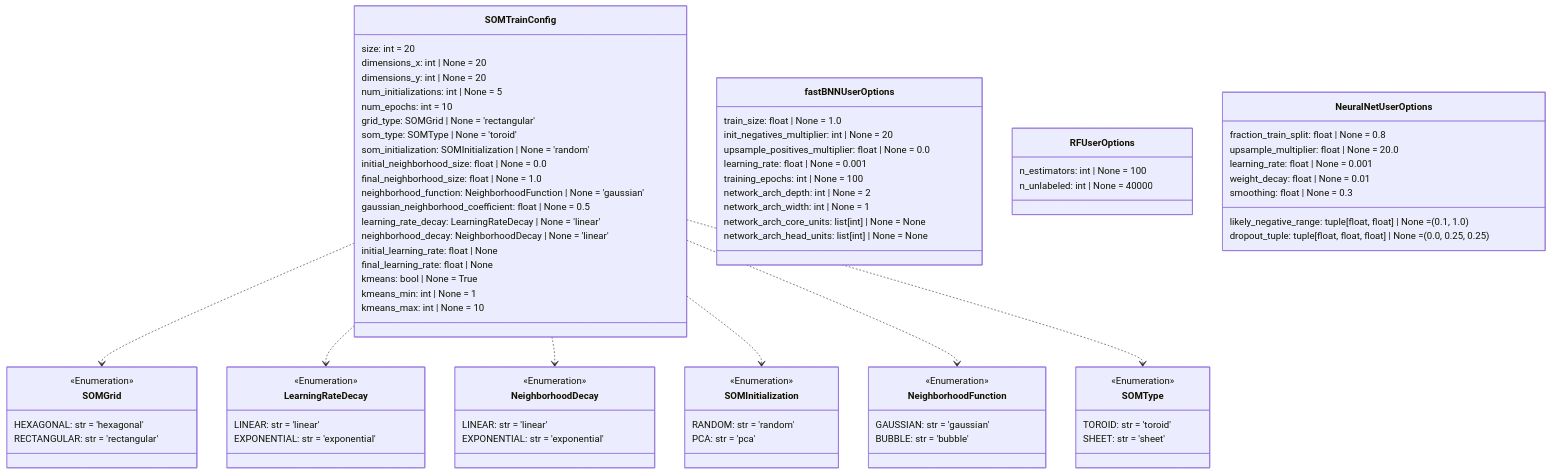
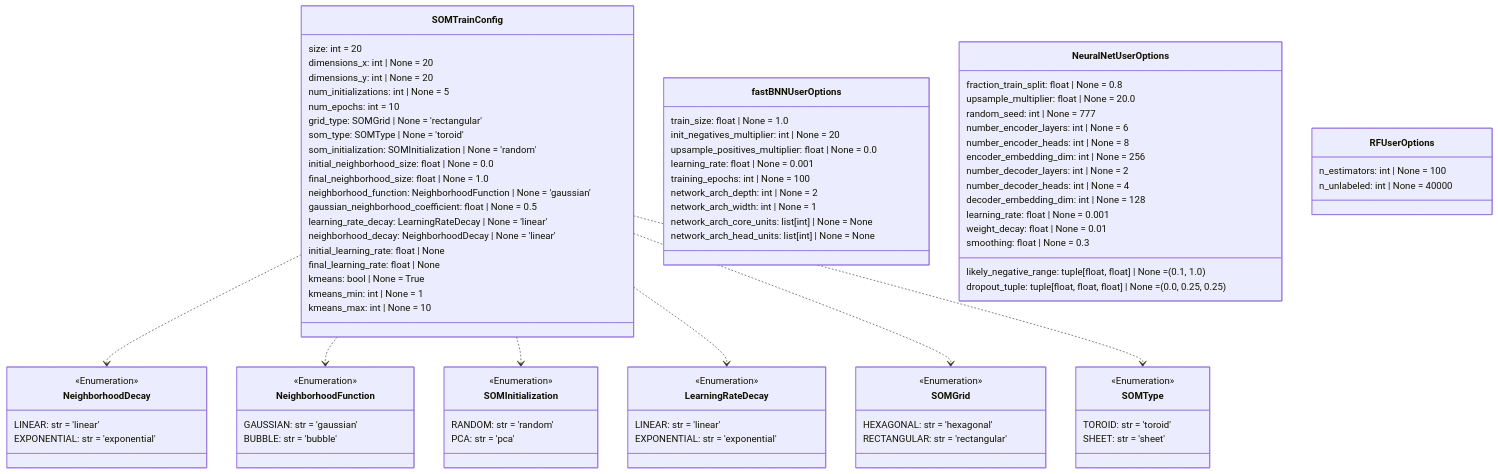
Diagram 14 of 14 in README.md (DARPA-CRITICALMAAS/cdr_schemas), drawn with Mermaid before and after one commit. The commit also changed other lines of this file and 1 other file, not shown here.

Commit message:
extra params exposed, improved descriptions

````diff
--- a/README.md
+++ b/README.md
@@ -1317,17 +1324,5 @@
 ```mermaid
 classDiagram
-
-    class SOMGrid {
-        <<Enumeration>>
-        HEXAGONAL: str = 'hexagonal'
-        RECTANGULAR: str = 'rectangular'
-    }
-
-    class LearningRateDecay {
-        <<Enumeration>>
-        LINEAR: str = 'linear'
-        EXPONENTIAL: str = 'exponential'
-    }
 
     class SOMTrainConfig {
         size: int = 20
@@ -1351,18 +1346,6 @@
         kmeans_max: int | None = 10
     }
 
-    class NeighborhoodDecay {
-        <<Enumeration>>
-        LINEAR: str = 'linear'
-        EXPONENTIAL: str = 'exponential'
-    }
-
-    class SOMInitialization {
-        <<Enumeration>>
-        RANDOM: str = 'random'
-        PCA: str = 'pca'
-    }
-
     class fastBNNUserOptions {
         train_size: float | None = 1.0
         init_negatives_multiplier: int | None = 20
@@ -1375,15 +1358,51 @@
         network_arch_head_units: list[int] | None = None
     }
 
+    class LearningRateDecay {
+        <<Enumeration>>
+        LINEAR: str = 'linear'
+        EXPONENTIAL: str = 'exponential'
+    }
+
+    class SOMInitialization {
+        <<Enumeration>>
+        RANDOM: str = 'random'
+        PCA: str = 'pca'
+    }
+
+    class SOMGrid {
+        <<Enumeration>>
+        HEXAGONAL: str = 'hexagonal'
+        RECTANGULAR: str = 'rectangular'
+    }
+
+    class NeighborhoodDecay {
+        <<Enumeration>>
+        LINEAR: str = 'linear'
+        EXPONENTIAL: str = 'exponential'
+    }
+
+    class NeuralNetUserOptions {
+        likely_negative_range: tuple[float, float] | None = (0.1, 1.0)
+        fraction_train_split: float | None = 0.8
+        upsample_multiplier: float | None = 20.0
+        random_seed: int | None = 777
+        number_encoder_layers: int | None = 6
+        number_encoder_heads: int | None = 8
+        encoder_embedding_dim: int | None = 256
+        number_decoder_layers: int | None = 2
+        number_decoder_heads: int | None = 4
+        decoder_embedding_dim: int | None = 128
+        dropout_tuple: tuple[float, float, float] | None = (0.0, 0.25, 0.25)
+        learning_rate: float | None = 0.001
+        weight_decay: float | None = 0.01
+        smoothing: float | None = 0.3
+    }
+
     class NeighborhoodFunction {
         <<Enumeration>>
         GAUSSIAN: str = 'gaussian'
         BUBBLE: str = 'bubble'
-    }
-
-    class RFUserOptions {
-        n_estimators: int | None = 100
-        n_unlabeled: int | None = 40000
     }
 
     class SOMType {
@@ -1392,21 +1411,16 @@
         SHEET: str = 'sheet'
     }
 
-    class NeuralNetUserOptions {
-        likely_negative_range: tuple[float, float] | None = (0.1, 1.0)
-        fraction_train_split: float | None = 0.8
-        upsample_multiplier: float | None = 20.0
-        dropout_tuple: tuple[float, float, float] | None = (0.0, 0.25, 0.25)
-        learning_rate: float | None = 0.001
-        weight_decay: float | None = 0.01
-        smoothing: float | None = 0.3
+    class RFUserOptions {
+        n_estimators: int | None = 100
+        n_unlabeled: int | None = 40000
     }
 
+    SOMTrainConfig ..> NeighborhoodDecay
+    SOMTrainConfig ..> NeighborhoodFunction
+    SOMTrainConfig ..> SOMInitialization
+    SOMTrainConfig ..> LearningRateDecay
     SOMTrainConfig ..> SOMGrid
-    SOMTrainConfig ..> LearningRateDecay
-    SOMTrainConfig ..> NeighborhoodDecay
-    SOMTrainConfig ..> SOMInitialization
-    SOMTrainConfig ..> NeighborhoodFunction
     SOMTrainConfig ..> SOMType
 
 
````
